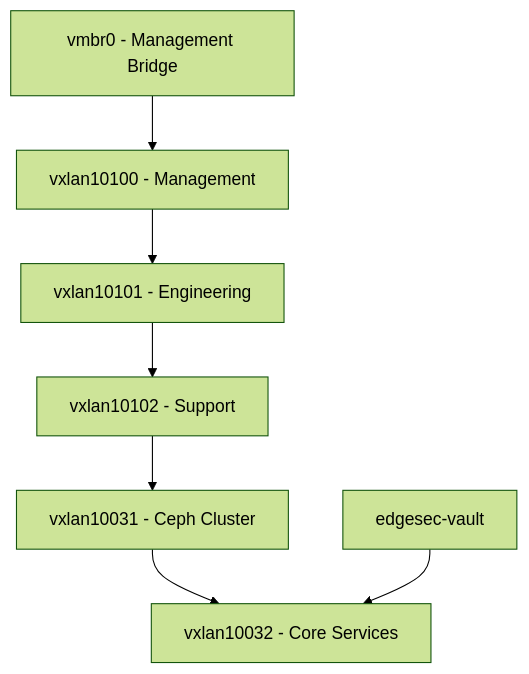
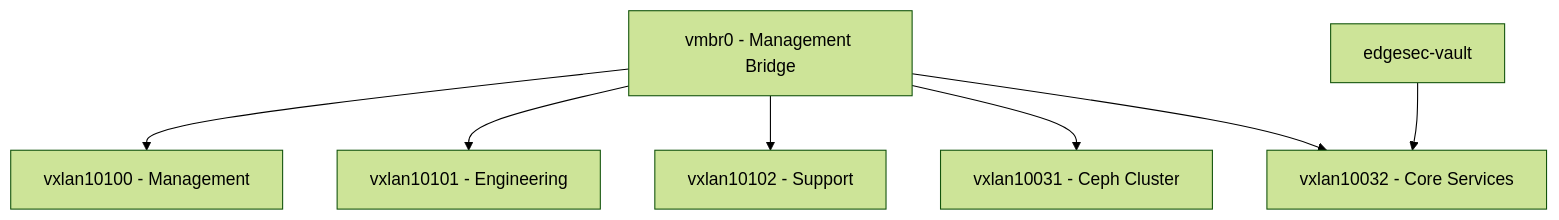
The second of 4 diagrams in README.md (CEP-Comwell/proxmox_addons), drawn with Mermaid (forest theme) before and after one commit.

Commit message:
vmbr0 (Management Bridge)

````diff
--- a/README.md
+++ b/README.md
@@ -75,11 +75,16 @@
 ```mermaid
 graph TD
 MgmtBridge[vmbr0 - Management Bridge]
-MgmtBridge --> VX10100[vxlan10100 - Management]
-VX10100 --> VX10101[vxlan10101 - Engineering]
-VX10101 --> VX10102[vxlan10102 - Support]
-VX10102 --> VXCEPH2[vxlan10031 - Ceph Cluster]
-VXCEPH2 --> VX10032[vxlan10032 - Core Services]
+VX10100[vxlan10100 - Management]
+VX10101[vxlan10101 - Engineering]
+VX10102[vxlan10102 - Support]
+VXCEPH2[vxlan10031 - Ceph Cluster]
+VX10032[vxlan10032 - Core Services]
 VaultVM[edgesec-vault]
+MgmtBridge --> VX10100
+MgmtBridge --> VX10101
+MgmtBridge --> VX10102
+MgmtBridge --> VXCEPH2
+MgmtBridge --> VX10032
 VaultVM --> VX10032
 ```
````
